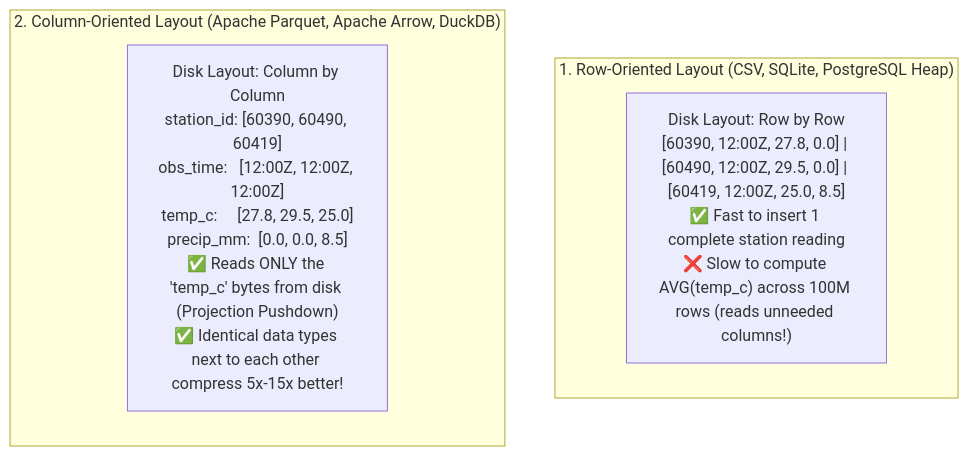
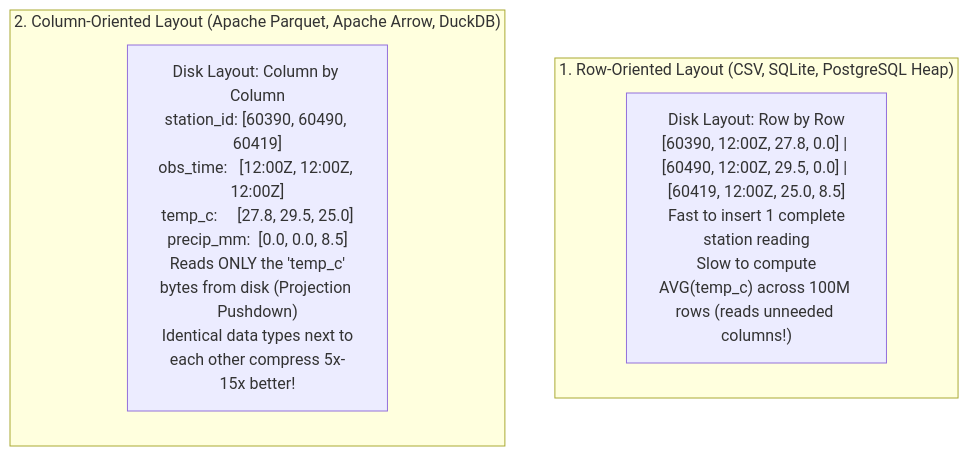
The first of 2 diagrams in reference_cards/01_apache_parquet_and_columnar_architecture.md (abdelouahabb/db-bootcamp), drawn with Mermaid before and after one commit. The commit also changed other lines of this file and 44 other files, not shown here.

````diff
--- a/reference_cards/01_apache_parquet_and_columnar_architecture.md
+++ b/reference_cards/01_apache_parquet_and_columnar_architecture.md
@@ -92,10 +92,10 @@
 ```mermaid
 flowchart TB
     subgraph RowStore["1. Row-Oriented Layout (CSV, SQLite, PostgreSQL Heap)"]
-        R["Disk Layout: Row by Row\n[60390, 12:00Z, 27.8, 0.0] | [60490, 12:00Z, 29.5, 0.0] | [60419, 12:00Z, 25.0, 8.5]\n✅ Fast to insert 1 complete station reading\n❌ Slow to compute AVG(temp_c) across 100M rows (reads unneeded columns!)"]
+        R["Disk Layout: Row by Row\n[60390, 12:00Z, 27.8, 0.0] | [60490, 12:00Z, 29.5, 0.0] | [60419, 12:00Z, 25.0, 8.5]\n Fast to insert 1 complete station reading\n Slow to compute AVG(temp_c) across 100M rows (reads unneeded columns!)"]
     end
 
     subgraph ColStore["2. Column-Oriented Layout (Apache Parquet, Apache Arrow, DuckDB)"]
-        C["Disk Layout: Column by Column\nstation_id: [60390, 60490, 60419]\nobs_time:   [12:00Z, 12:00Z, 12:00Z]\ntemp_c:     [27.8, 29.5, 25.0]\nprecip_mm:  [0.0, 0.0, 8.5]\n✅ Reads ONLY the 'temp_c' bytes from disk (Projection Pushdown)\n✅ Identical data types next to each other compress 5x-15x better!"]
+        C["Disk Layout: Column by Column\nstation_id: [60390, 60490, 60419]\nobs_time:   [12:00Z, 12:00Z, 12:00Z]\ntemp_c:     [27.8, 29.5, 25.0]\nprecip_mm:  [0.0, 0.0, 8.5]\n Reads ONLY the 'temp_c' bytes from disk (Projection Pushdown)\n Identical data types next to each other compress 5x-15x better!"]
     end
 ```
````
